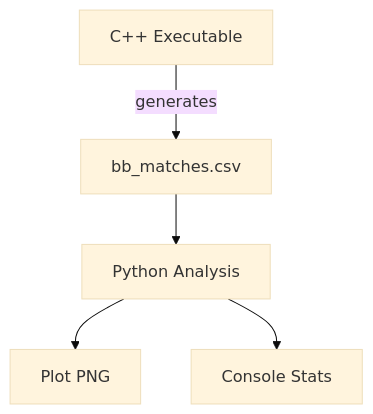
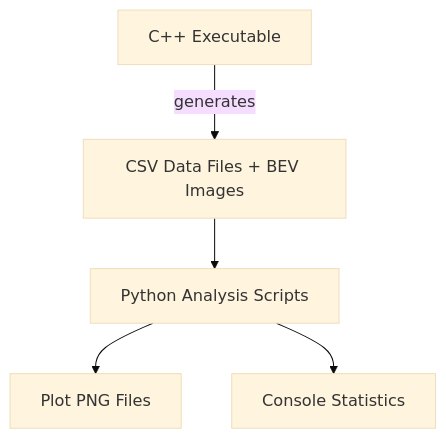
Before and after one commit to spectrono/sensor_fusion_ttc_comparison: the diagram in analysis/README.md, drawn with Mermaid (base theme). The commit also changed other lines of this file and 30 other files, not shown here.

````diff
--- a/analysis/README.md
+++ b/analysis/README.md
@@ -229,7 +152,7 @@
 ```mermaid
 graph TD
-    A[C++ Executable] -->|generates| B[bb_matches.csv]
-    B --> C[Python Analysis]
-    C --> D[Plot PNG]
-    C --> E[Console Stats]
+    A[C++ Executable] -->|generates| B[CSV Data Files + BEV Images]
+    B --> C[Python Analysis Scripts]
+    C --> D[Plot PNG Files]
+    C --> E[Console Statistics]
 ```
````
